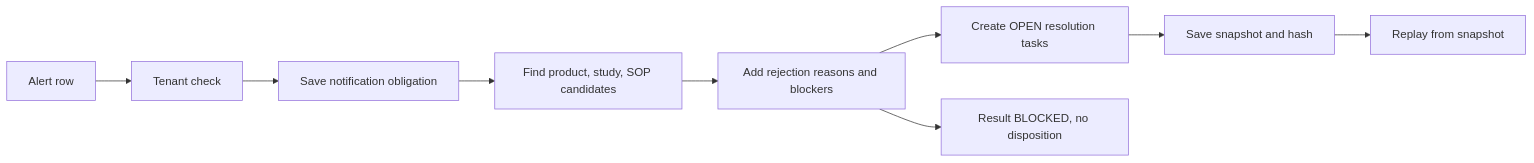
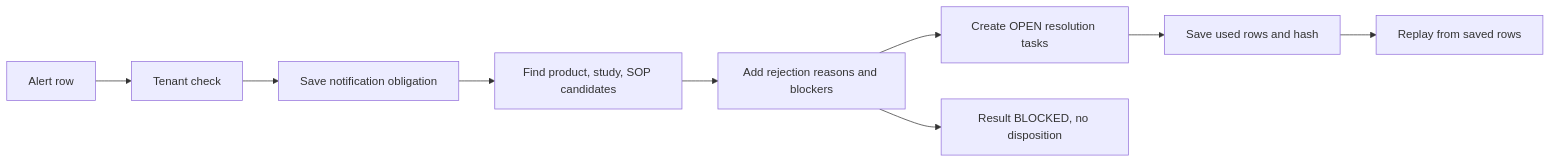
Before and after one commit to Zulfiqar78634/kestrel-evidence-adjudication: the diagram in README.md, drawn with Mermaid. The commit also changed other lines of this file and 16 other files, not shown here.

````diff
--- a/README.md
+++ b/README.md
@@ -7,11 +9,11 @@
 ```mermaid
 flowchart LR
   A[Alert row] --> B[Tenant check]
   B --> C[Save notification obligation]
   C --> D[Find product, study, SOP candidates]
   D --> E[Add rejection reasons and blockers]
   E --> F[Create OPEN resolution tasks]
-  F --> G[Save snapshot and hash]
-  G --> H[Replay from snapshot]
+  F --> G[Save used rows and hash]
+  G --> H[Replay from saved rows]
   E --> I[Result BLOCKED, no disposition]
 ```
````
